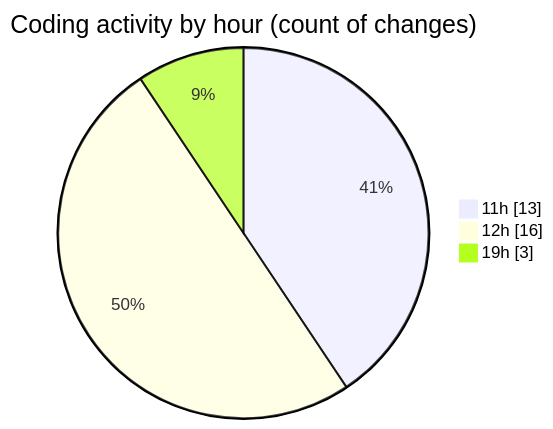
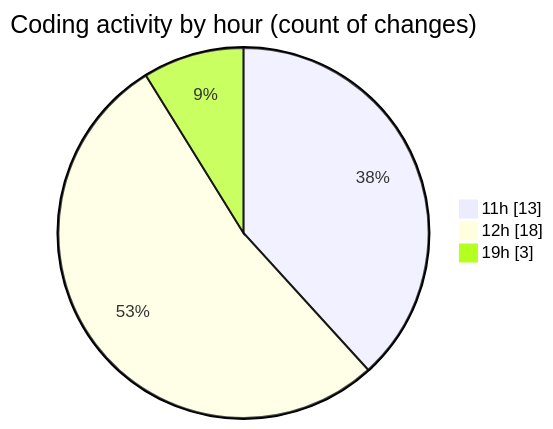
One commit to nxtqubesakshisongat/code-tracking changed the second of 2 diagrams in 2025-12-14/nxtqube_webapp/README.md. Above: the diagram before and after it, drawn with Mermaid. The commit also changed other lines of this file and 1 other file, not shown here.

````diff
--- a/2025-12-14/nxtqube_webapp/README.md
+++ b/2025-12-14/nxtqube_webapp/README.md
@@ -31,7 +31,7 @@
 ```mermaid
 pie showData
 title Coding activity by hour (count of changes)
 "11h" : 13
-"12h" : 16
+"12h" : 18
 "19h" : 3
 ```
````
